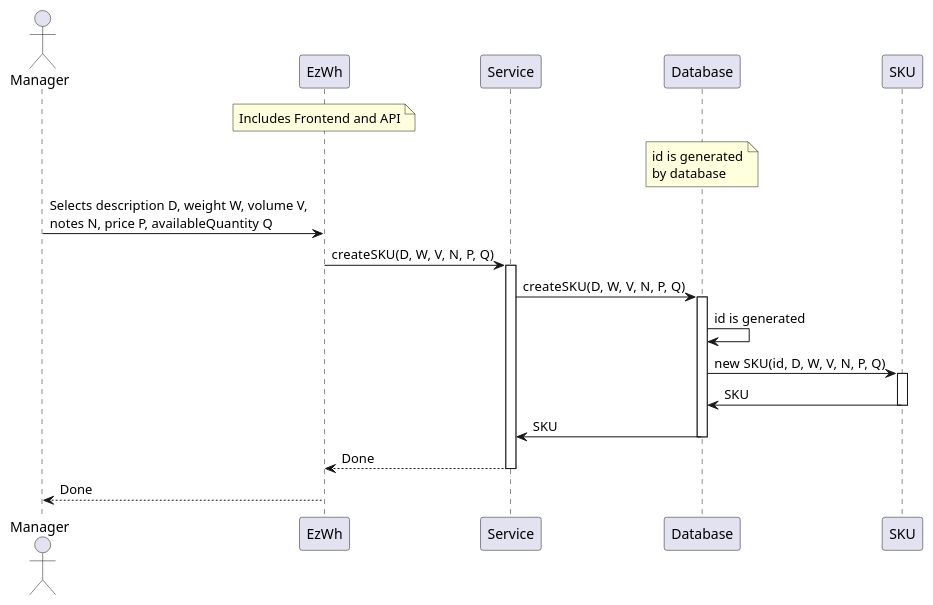
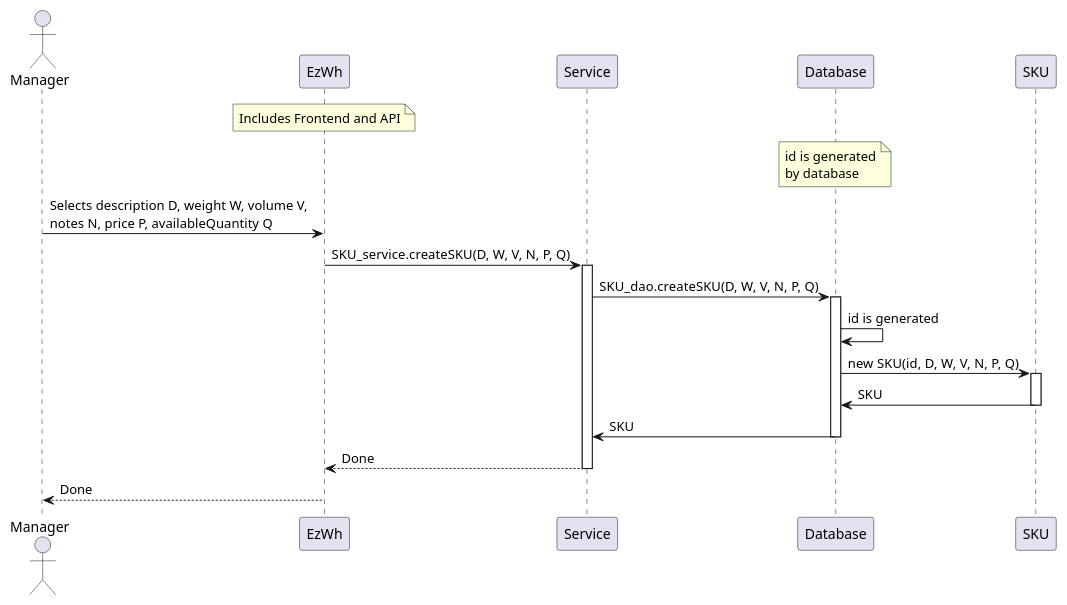
One commit to giuseppe-dandrea/EzWh changed the second of 12 diagrams in DesignDocument.md. Above: the diagram before and after it, drawn with PlantUML. The commit also changed other lines of this file, not shown here.

Commit message:
seq diagrams 1-1, 1-3, 2-1, 2-2, 3-1 updated

````diff
--- a/DesignDocument.md
+++ b/DesignDocument.md
@@ -535,25 +535,25 @@
 ```plantuml
 actor Manager
 participant EzWh
 note over EzWh: Includes Frontend and API
 participant Service
 participant Database
 note over Database: id is generated\nby database
 participant SKU
 
 Manager -> EzWh: Selects description D, weight W, volume V,\nnotes N, price P, availableQuantity Q
-EzWh -> Service: createSKU(D, W, V, N, P, Q)
+EzWh -> Service: SKU_service.createSKU(D, W, V, N, P, Q)
 activate Service
-Service -> Database: createSKU(D, W, V, N, P, Q)
+Service -> Database: SKU_dao.createSKU(D, W, V, N, P, Q)
 activate Database
 Database -> Database : id is generated
 Database -> SKU: new SKU(id, D, W, V, N, P, Q)
 activate SKU
 SKU -> Database: SKU
 deactivate SKU
 Database -> Service : SKU
 deactivate Database
 Service --> EzWh : Done
 deactivate Service
 EzWh --> Manager : Done
 ```
````
